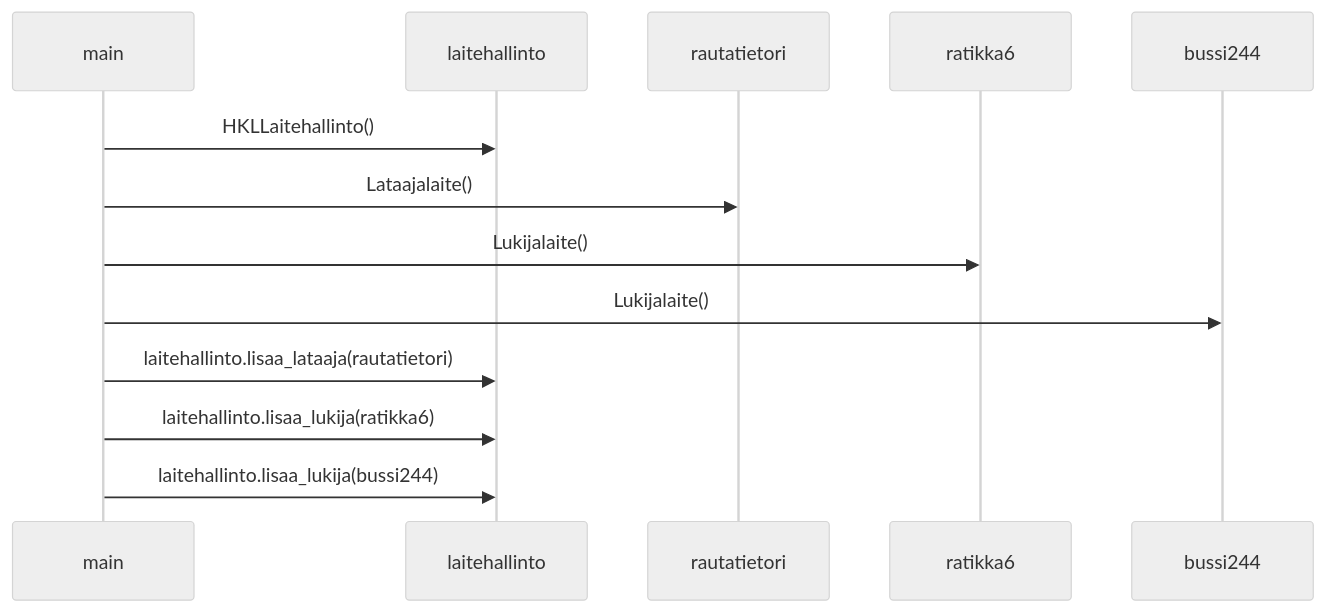
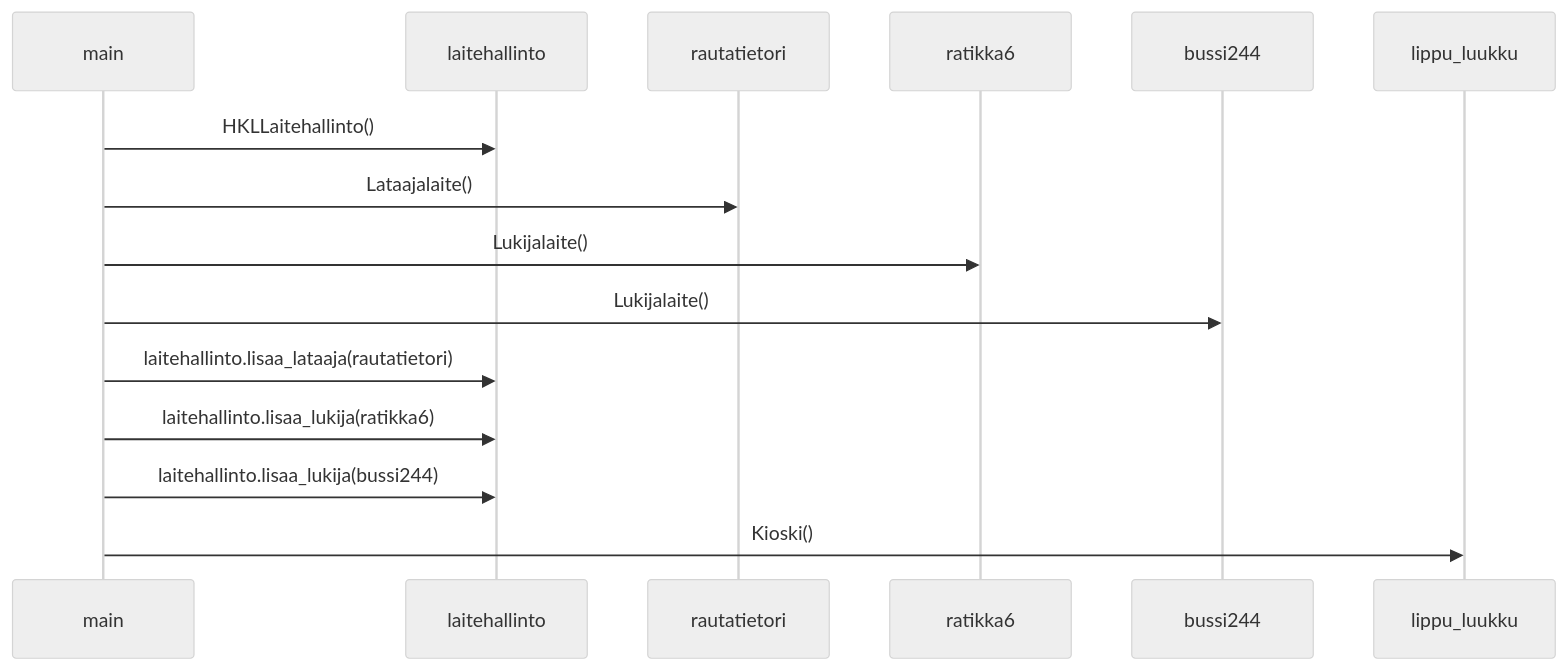
Before and after one commit to kodtld/TravelHub: the diagram in laskarit/viikko3/teht_4_sekvenssikaavio.md, drawn with Mermaid (neutral theme).

````diff
--- a/laskarit/viikko3/teht_4_sekvenssikaavio.md
+++ b/laskarit/viikko3/teht_4_sekvenssikaavio.md
@@ -1,11 +1,12 @@
 ```mermaid
  sequenceDiagram
      main->>laitehallinto: HKLLaitehallinto()
      main->>rautatietori : Lataajalaite()
      main->>ratikka6 : Lukijalaite()
      main->>bussi244 : Lukijalaite()
      main->>laitehallinto: laitehallinto.lisaa_lataaja(rautatietori)
      main->>laitehallinto: laitehallinto.lisaa_lukija(ratikka6)
      main->>laitehallinto: laitehallinto.lisaa_lukija(bussi244)
+     main->>lippu_luukku: Kioski()
 
 ```
````
